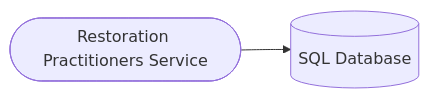
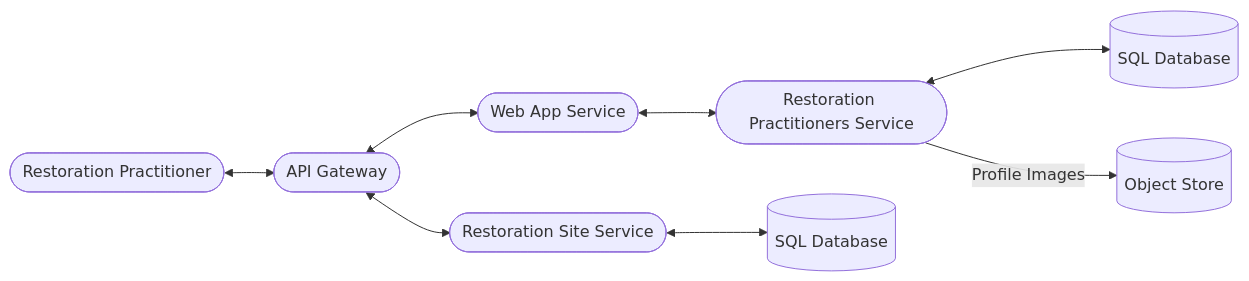
The fourth of 4 diagrams in README.md (maulikdave-fh/bdi), drawn with Mermaid before and after one commit. The commit also changed other lines of this file, not shown here.

Commit message:
update system architecture

````diff
--- a/README.md
+++ b/README.md
@@ -125,4 +124,10 @@
 ```mermaid
     flowchart LR
-        RPS([Restoration Practitioners Service]) --> SQL[(SQL Database)]
+        RP([Restoration Practitioner]) <--> APIGateway([API Gateway])
+        APIGateway <--> WebApp([Web App Service])
+        WebApp <--> RPS([Restoration Practitioners Service])
+        RPS <--> RPSSQL[(SQL Database)]
+        RPS --> |Profile Images| ObjStore[(Object Store)]
+        APIGateway <--> RestorationSite([Restoration Site Service])
+        RestorationSite <--> RSSSQL[(SQL Database)]
 ```
````
